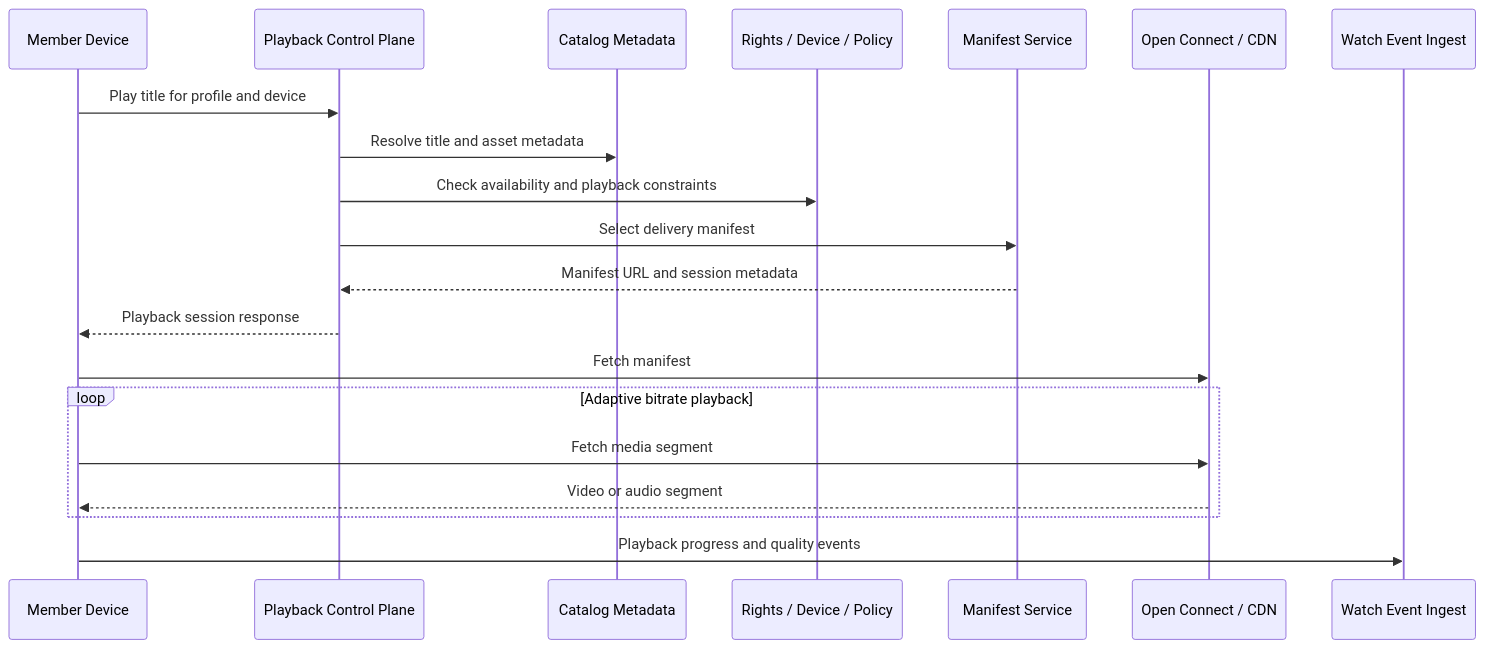
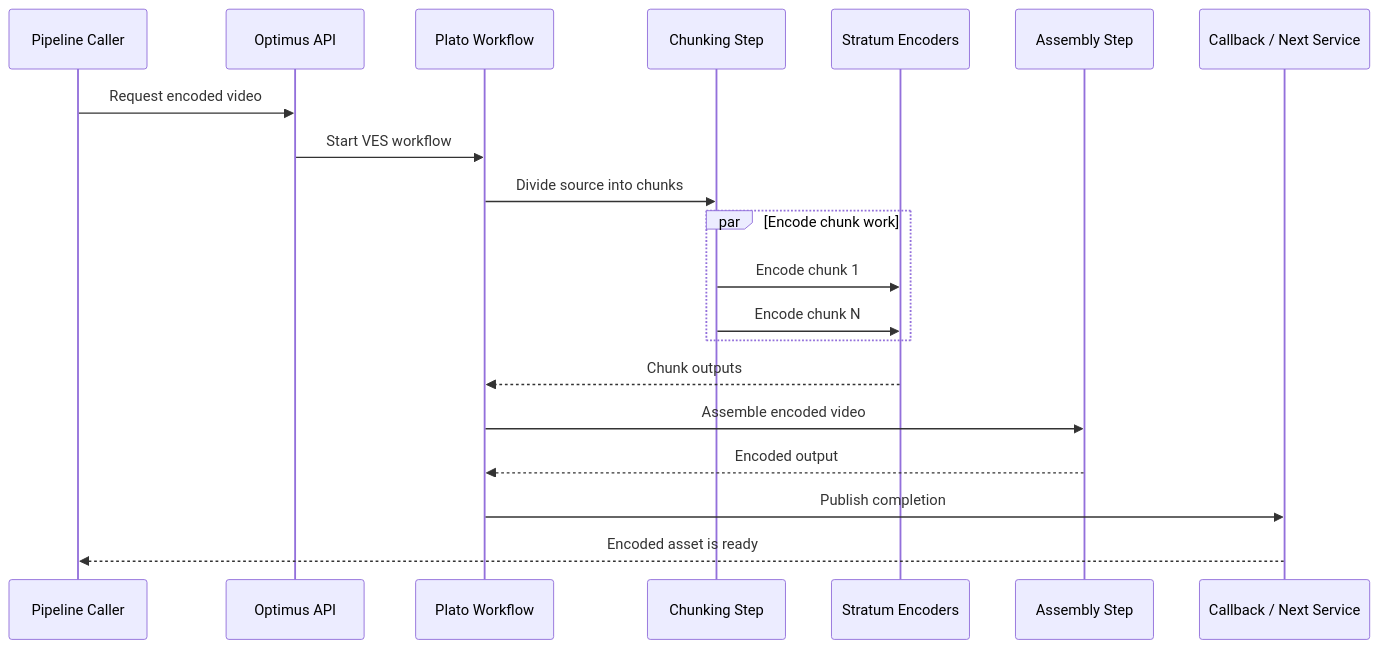
One commit to max9159/system-design changed the third of 3 diagrams in architecture/netflix/index.md. Above: the diagram before and after it, drawn with Mermaid. The commit also changed other lines of this file and 2 other files, not shown here.

Commit message:
Update Netflix architecture documentation with video processing pipeline rebuild details

````diff
--- a/architecture/netflix/index.md
+++ b/architecture/netflix/index.md
@@ -61,23 +93,23 @@
 ```mermaid
 sequenceDiagram
-    participant Member as Member Device
-    participant Playback as Playback Control Plane
-    participant Catalog as Catalog Metadata
-    participant Policy as Rights / Device / Policy
-    participant Manifest as Manifest Service
-    participant CDN as Open Connect / CDN
-    participant Events as Watch Event Ingest
+    participant Caller as Pipeline Caller
+    participant API as Optimus API
+    participant Flow as Plato Workflow
+    participant Chunk as Chunking Step
+    participant Encode as Stratum Encoders
+    participant Assemble as Assembly Step
+    participant Callback as Callback / Next Service
 
-    Member->>Playback: Play title for profile and device
-    Playback->>Catalog: Resolve title and asset metadata
-    Playback->>Policy: Check availability and playback constraints
-    Playback->>Manifest: Select delivery manifest
-    Manifest-->>Playback: Manifest URL and session metadata
-    Playback-->>Member: Playback session response
-    Member->>CDN: Fetch manifest
-    loop Adaptive bitrate playback
-        Member->>CDN: Fetch media segment
-        CDN-->>Member: Video or audio segment
+    Caller->>API: Request encoded video
+    API->>Flow: Start VES workflow
+    Flow->>Chunk: Divide source into chunks
+    par Encode chunk work
+        Chunk->>Encode: Encode chunk 1
+        Chunk->>Encode: Encode chunk N
     end
-    Member->>Events: Playback progress and quality events
+    Encode-->>Flow: Chunk outputs
+    Flow->>Assemble: Assemble encoded video
+    Assemble-->>Flow: Encoded output
+    Flow->>Callback: Publish completion
+    Callback-->>Caller: Encoded asset is ready
 ```
````
